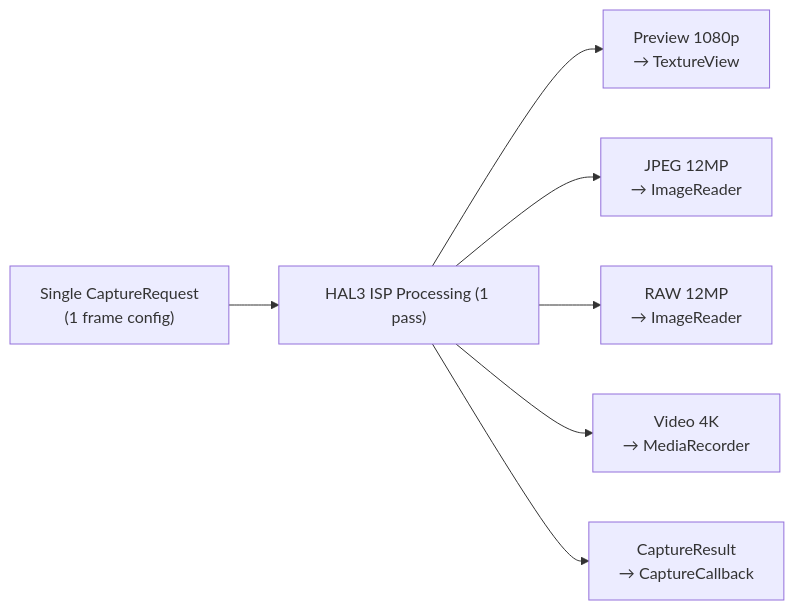
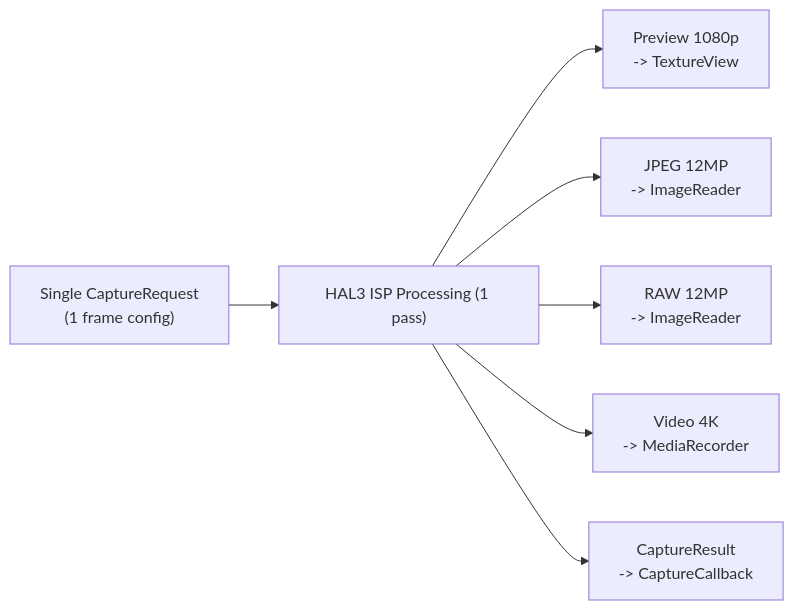
One commit to zoozooll/AndroidCameraParameters changed the second of 3 diagrams in website/i18n/hi/docusaurus-plugin-content-docs/current/camera2/the-camera2-pipeline.md. Above: the diagram before and after it, drawn with Mermaid. The commit also changed 77 other files, not shown here.

First line of the commit message:
docs: standardize Mermaid syntax and polish 3A pipeline translations

````diff
--- a/website/i18n/hi/docusaurus-plugin-content-docs/current/camera2/the-camera2-pipeline.md
+++ b/website/i18n/hi/docusaurus-plugin-content-docs/current/camera2/the-camera2-pipeline.md
@@ -206,17 +206,17 @@
 ```mermaid
 flowchart LR
     R["Single CaptureRequest<br/>(1 frame config)"]
     HAL["HAL3 ISP Processing (1 pass)"]
-    S1["Preview 1080p<br/>→ TextureView"]
-    S2["JPEG 12MP<br/>→ ImageReader"]
-    S3["RAW 12MP<br/>→ ImageReader"]
-    S4["Video 4K<br/>→ MediaRecorder"]
-    RESULT["CaptureResult<br/>→ CaptureCallback"]
+    S1["Preview 1080p<br/>-> TextureView"]
+    S2["JPEG 12MP<br/>-> ImageReader"]
+    S3["RAW 12MP<br/>-> ImageReader"]
+    S4["Video 4K<br/>-> MediaRecorder"]
+    RESULT["CaptureResult<br/>-> CaptureCallback"]
 
     R --> HAL
     HAL --> S1
     HAL --> S2
     HAL --> S3
     HAL --> S4
     HAL --> RESULT
 ```
````
